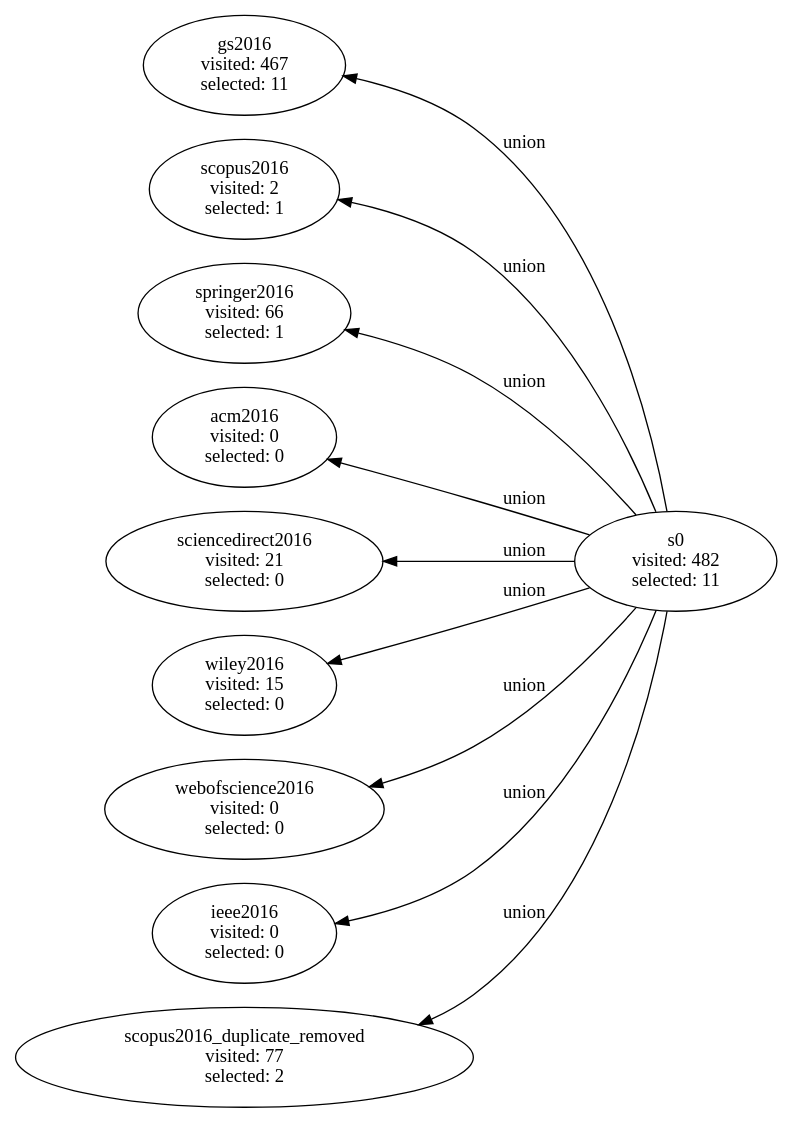
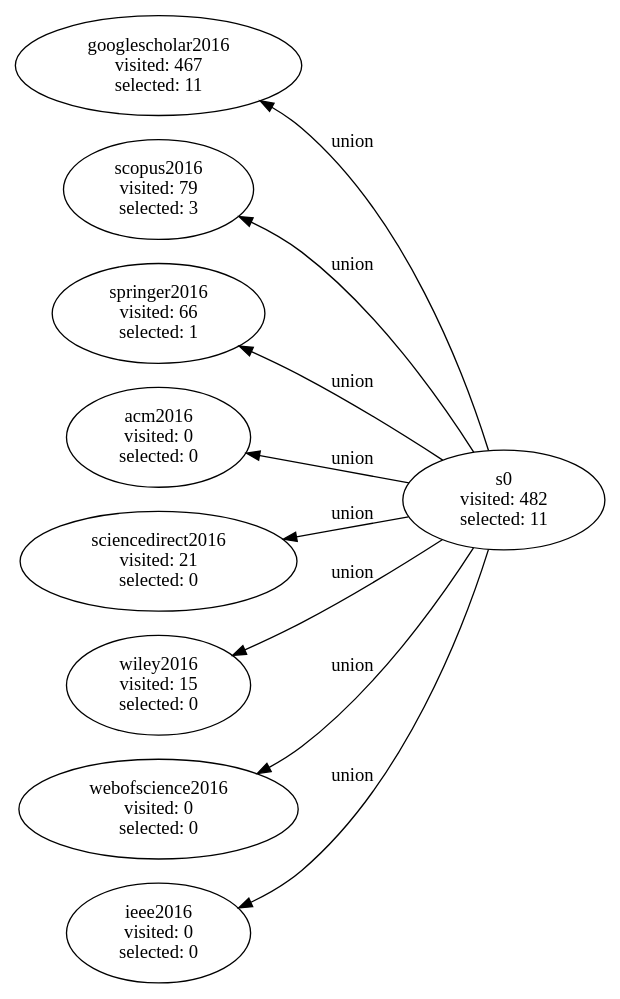
Before and after one commit to gems-uff/hybrid-strategies: the diagram in experiments/experiment_3/notebooks/final.dot, drawn with Graphviz. The commit also changed 28 other files, not shown here.

```diff
--- a/experiments/experiment_3/notebooks/final.dot
+++ b/experiments/experiment_3/notebooks/final.dot
@@ -1,33 +1,30 @@
 digraph G {
   rankdir="RL";
 
   s0 [label="s0\n visited: 482\n selected: 11"];
-  s0 -> gs2016 [label="union"];
+  s0 -> googlescholar2016 [label="union"];
   s0 -> scopus2016 [label="union"];
   s0 -> springer2016 [label="union"];
   s0 -> acm2016 [label="union"];
   s0 -> sciencedirect2016 [label="union"];
   s0 -> wiley2016 [label="union"];
   s0 -> webofscience2016 [label="union"];
   s0 -> ieee2016 [label="union"];
-  s0 -> scopus2016_duplicate_removed [label="union"];
 
-  gs2016 [label="gs2016\n visited: 467\n selected: 11"];
+  googlescholar2016 [label="googlescholar2016\n visited: 467\n selected: 11"];
 
-  scopus2016 [label="scopus2016\n visited: 2\n selected: 1"];
+  scopus2016 [label="scopus2016\n visited: 79\n selected: 3"];
 
   springer2016 [label="springer2016\n visited: 66\n selected: 1"];
 
   acm2016 [label="acm2016\n visited: 0\n selected: 0"];
 
   sciencedirect2016 [label="sciencedirect2016\n visited: 21\n selected: 0"];
 
   wiley2016 [label="wiley2016\n visited: 15\n selected: 0"];
 
   webofscience2016 [label="webofscience2016\n visited: 0\n selected: 0"];
 
   ieee2016 [label="ieee2016\n visited: 0\n selected: 0"];
 
-  scopus2016_duplicate_removed [label="scopus2016_duplicate_removed\n visited: 77\n selected: 2"];
-
 }
```
